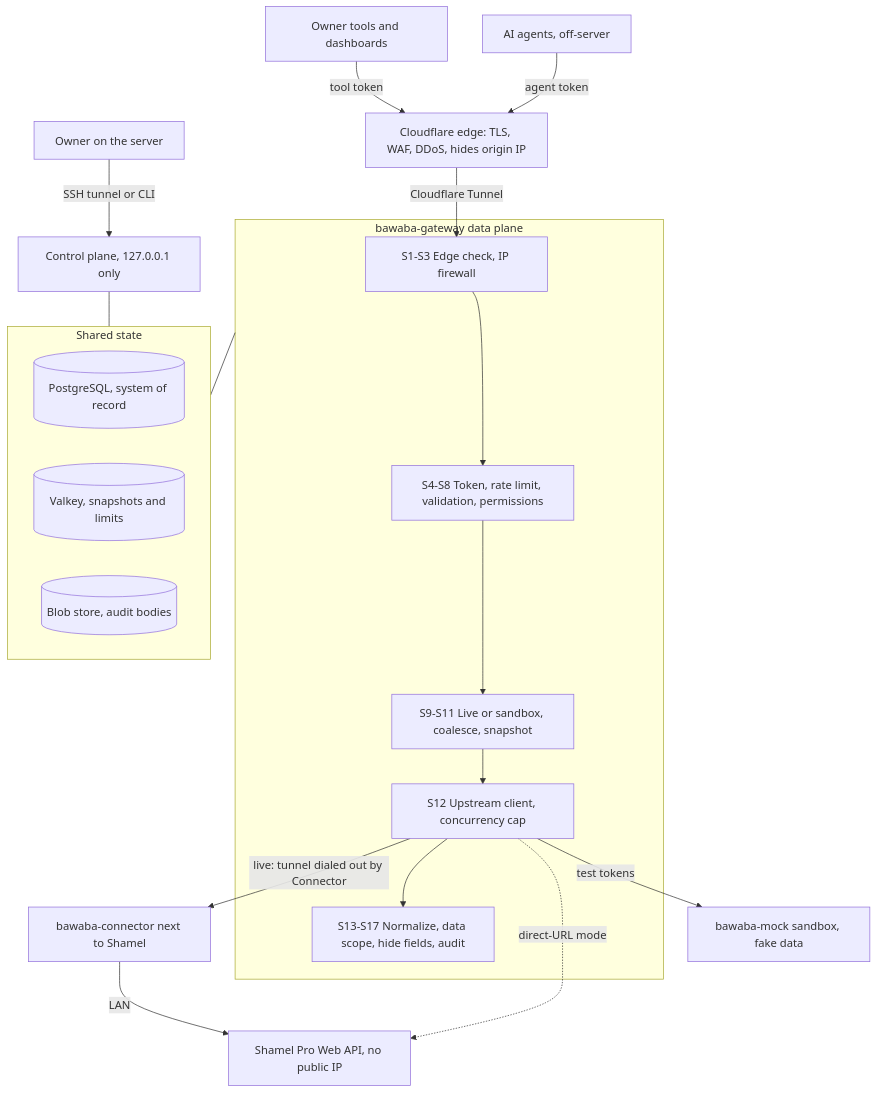
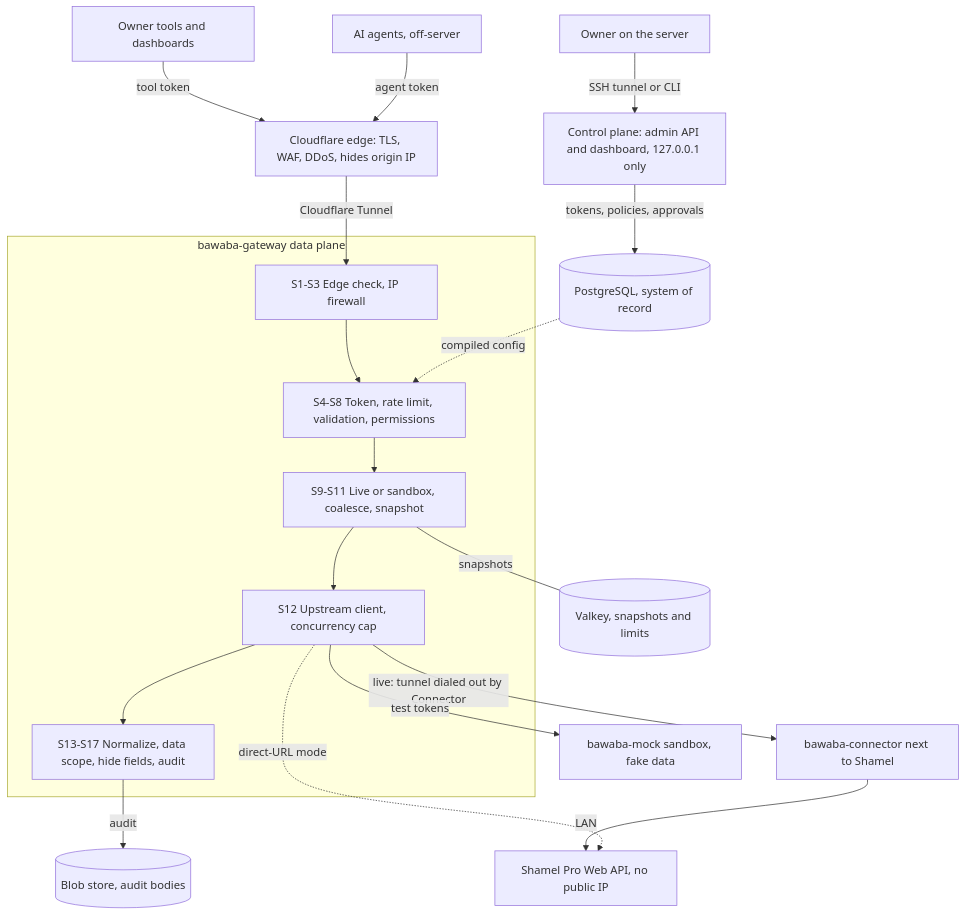
Before and after one commit to Web3Abbas/Shamel: the diagram in docs/design/README.md, drawn with Mermaid. The commit also changed other lines of this file, not shown here.

Commit message:
Add the design README (index, architecture at a glance, decisions, glossary, open questions)
Claude-Session: https://claude.ai/code/session_01Y4ap31AZu3iNdBvYbN5B1X

````diff
--- a/docs/design/README.md
+++ b/docs/design/README.md
@@ -30,39 +30,39 @@
 ```mermaid
 flowchart TB
   tools["Owner tools and dashboards"]
   agents["AI agents, off-server"]
   cf["Cloudflare edge: TLS, WAF, DDoS, hides origin IP"]
 
   subgraph dp["bawaba-gateway data plane"]
     p1["S1-S3 Edge check, IP firewall"]
     p2["S4-S8 Token, rate limit, validation, permissions"]
     p3["S9-S11 Live or sandbox, coalesce, snapshot"]
     p4["S12 Upstream client, concurrency cap"]
     p5["S13-S17 Normalize, data scope, hide fields, audit"]
     p1 --> p2 --> p3 --> p4 --> p5
   end
 
   conn["bawaba-connector next to Shamel"]
   shamel["Shamel Pro Web API, no public IP"]
   mock["bawaba-mock sandbox, fake data"]
 
-  subgraph state["Shared state"]
-    pg[("PostgreSQL, system of record")]
-    vk[("Valkey, snapshots and limits")]
-    blob[("Blob store, audit bodies")]
-  end
+  pg[("PostgreSQL, system of record")]
+  vk[("Valkey, snapshots and limits")]
+  blob[("Blob store, audit bodies")]
 
   owner["Owner on the server"]
-  cp["Control plane, 127.0.0.1 only"]
+  cp["Control plane: admin API and dashboard, 127.0.0.1 only"]
 
   tools -->|"tool token"| cf
   agents -->|"agent token"| cf
   cf -->|"Cloudflare Tunnel"| p1
   p4 -->|"live: tunnel dialed out by Connector"| conn
   conn -->|"LAN"| shamel
   p4 -.->|"direct-URL mode"| shamel
   p4 -->|"test tokens"| mock
-  dp --- state
+  p3 ---|"snapshots"| vk
+  p5 -->|"audit"| blob
   owner -->|"SSH tunnel or CLI"| cp
-  cp --- state
+  cp -->|"tokens, policies, approvals"| pg
+  pg -.->|"compiled config"| p2
 ```
````
